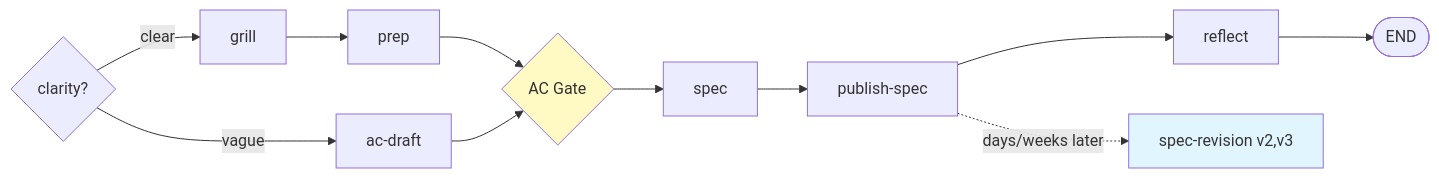
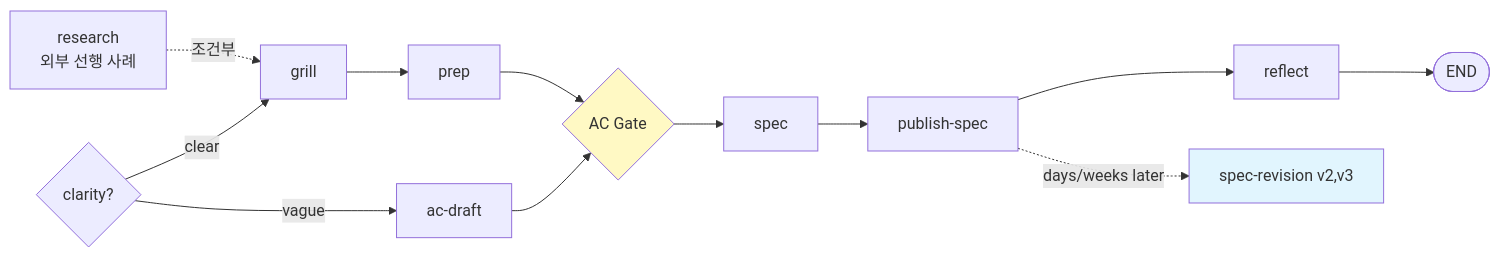
One commit to narashin/nara-kit changed the second of 2 diagrams in skills/README.md. Above: the diagram before and after it, drawn with Mermaid. The commit also changed other lines of this file and 12 other files, not shown here.

````diff
--- a/skills/README.md
+++ b/skills/README.md
@@ -146,12 +147,13 @@
 ```mermaid
 flowchart LR
+    RS["research<br>외부 선행 사례"] -. 조건부 .-> B
     C{clarity?} -->|clear| B["grill"] --> PR[prep]
     C -->|vague| AC[ac-draft]
     PR --> AG{AC Gate}
     AC --> AG
     AG --> S[spec] --> PUB[publish-spec] --> RF[reflect] --> E([END])
     PUB -. days/weeks later .-> REV[spec-revision v2,v3]
 
     style AG fill:#fff9c4
     style REV fill:#e1f5fe
 ```
````
